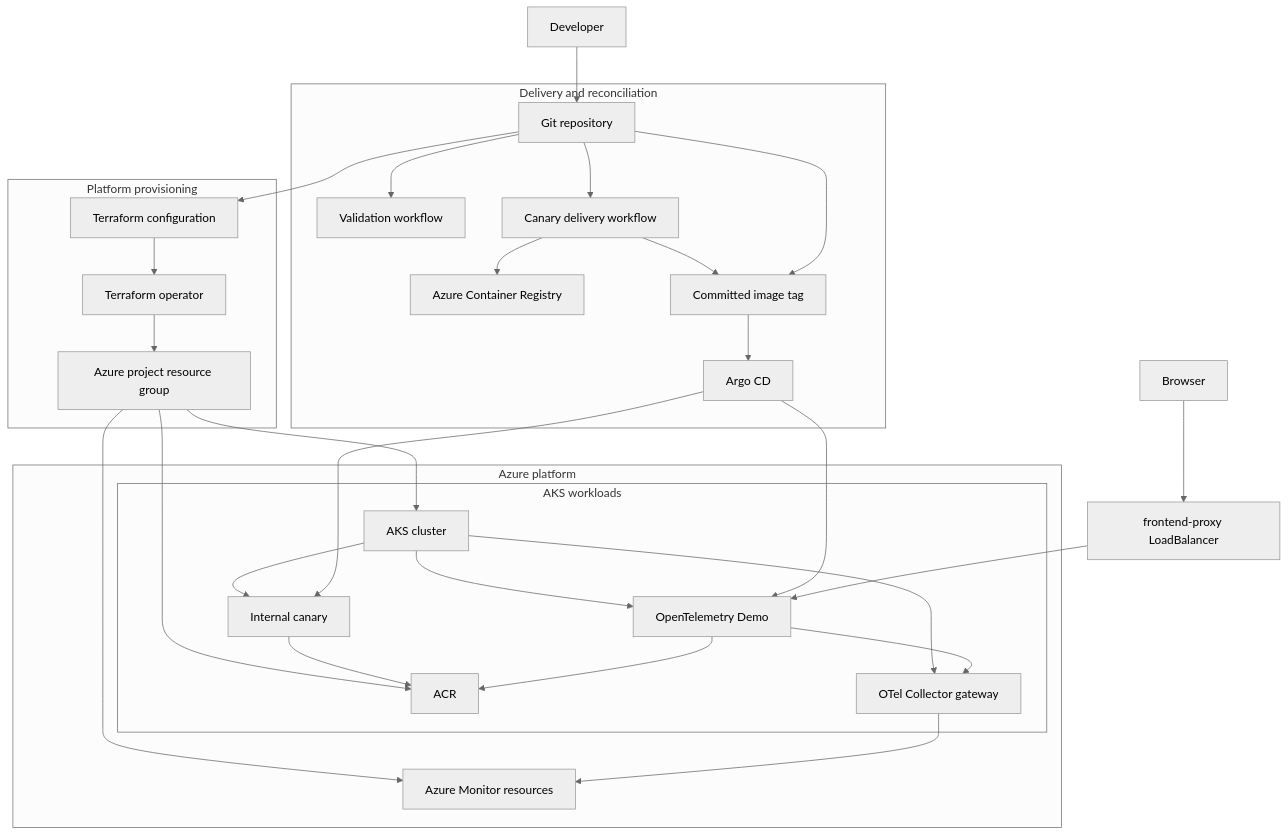
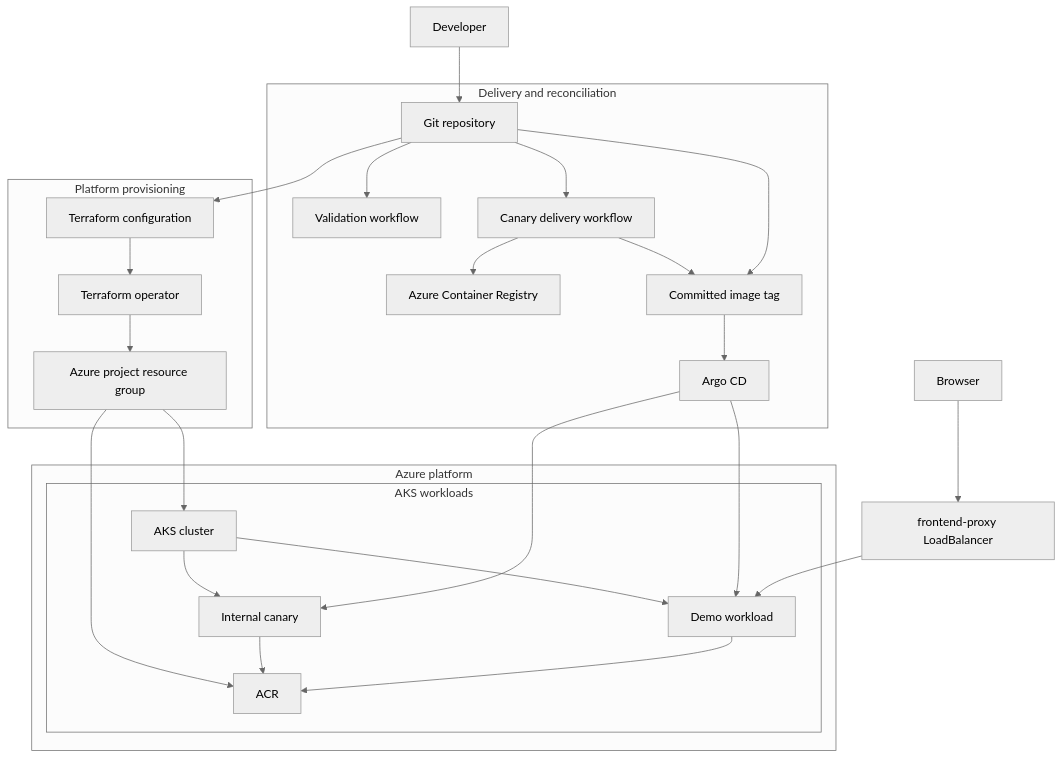
Before and after one commit to TheShivm/azure-aks-gitops-delivery: the first of 3 diagrams in README.md, drawn with Mermaid (neutral theme). The commit also changed other lines of this file, not shown here.

```diff
--- a/README.md
+++ b/README.md
@@ -83,40 +48,36 @@
 ~~~mermaid
 flowchart TB
   Developer[Developer] --> Repo[Git repository]
 
   subgraph Delivery["Delivery and reconciliation"]
     Repo --> Validation[Validation workflow]
     Repo --> CanaryCI[Canary delivery workflow]
     CanaryCI --> ACR[Azure Container Registry]
     CanaryCI --> DesiredState[Committed image tag]
     Repo --> DesiredState
     DesiredState --> Argo[Argo CD]
   end
 
   subgraph Provisioning["Platform provisioning"]
     Repo --> TerraformCode[Terraform configuration]
     TerraformCode --> Operator[Terraform operator]
     Operator --> AzureRG[Azure project resource group]
   end
 
   subgraph AzurePlatform["Azure platform"]
     AzureRG --> AKS[AKS cluster]
-    AzureRG --> Monitor[Azure Monitor resources]
     AzureRG --> Registry[ACR]
 
     subgraph Cluster["AKS workloads"]
       AKS --> Canary[Internal canary]
-      AKS --> Demo[OpenTelemetry Demo]
-      AKS --> Collector[OTel Collector gateway]
-      Demo --> Collector
+      AKS --> Demo[Demo workload]
       Canary --> Registry
       Demo --> Registry
     end
   end
 
   Argo --> Canary
   Argo --> Demo
   Browser[Browser] --> PublicLB[frontend-proxy LoadBalancer]
   PublicLB --> Demo
-  Collector --> Monitor
 ~~~
```
